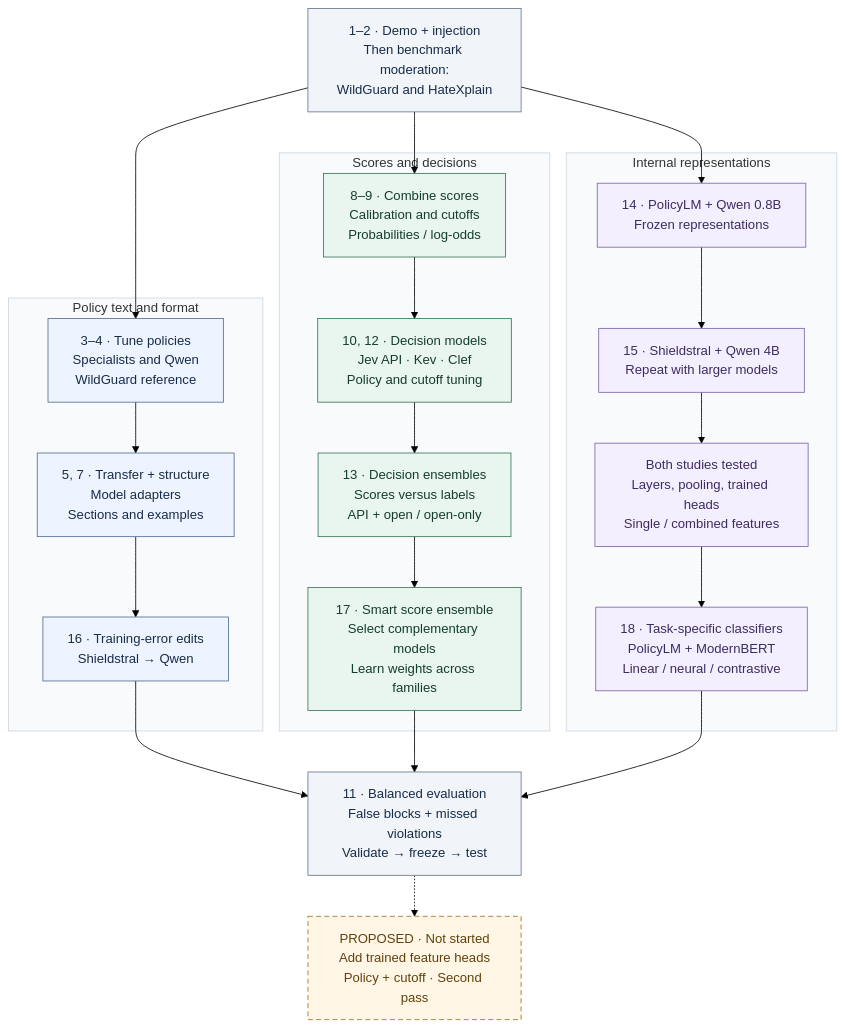
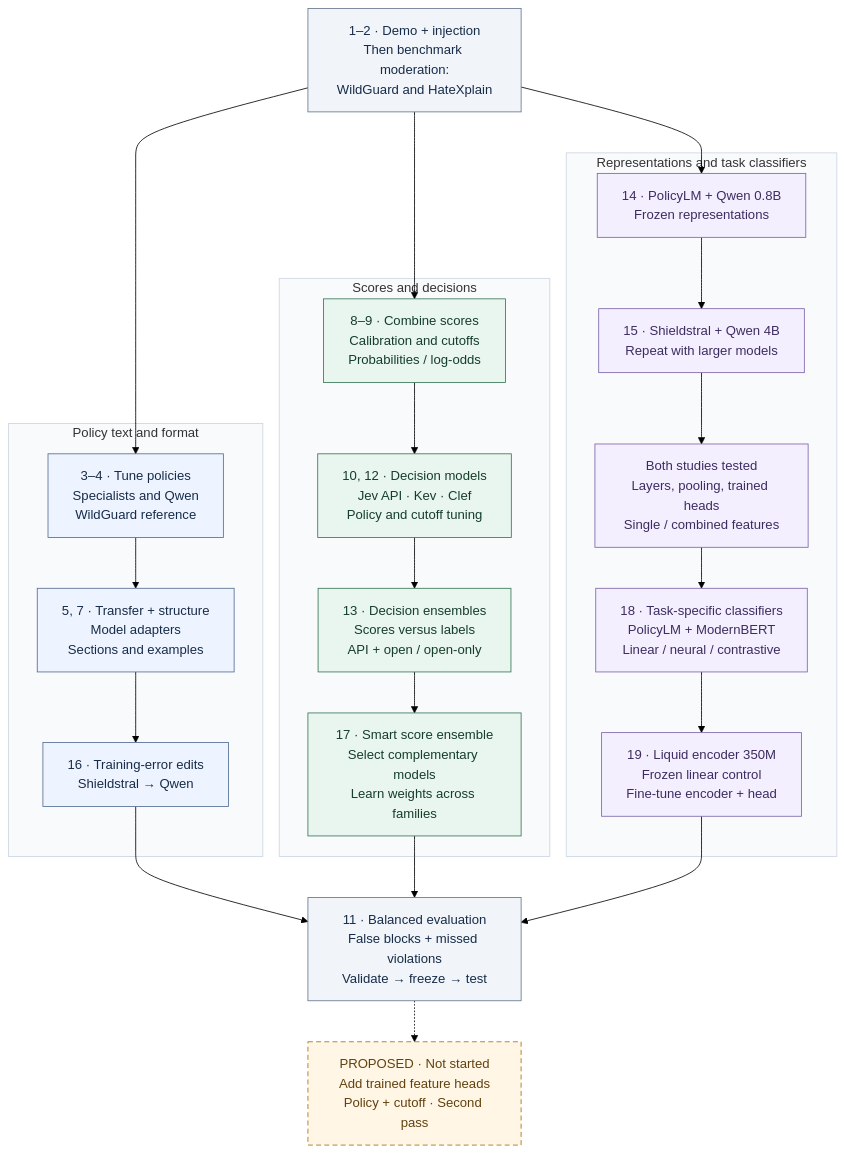
The diagram in README.md (harshsinghal/safeguard-eval), drawn with Mermaid (forest theme) before and after one commit. The commit also changed other lines of this file and 75 other files, not shown here.

Commit message:
Publish Liquid encoder fine-tuning results and update experiment map

````diff
--- a/README.md
+++ b/README.md
@@ -19,50 +19,51 @@
 ```mermaid
 flowchart TB
     START["1–2 · Demo + injection<br/>Then benchmark moderation:<br/>WildGuard and HateXplain"]
 
     subgraph POLICY["Policy text and format"]
         P1["3–4 · Tune policies<br/>Specialists and Qwen<br/>WildGuard reference"]
         P2["5, 7 · Transfer + structure<br/>Model adapters<br/>Sections and examples"]
         P3["16 · Training-error edits<br/>Shieldstral → Qwen"]
         P1 --> P2 --> P3
     end
 
     subgraph SCORES["Scores and decisions"]
         S1["8–9 · Combine scores<br/>Calibration and cutoffs<br/>Probabilities / log-odds"]
         S2["10, 12 · Decision models<br/>Jev API · Kev · Clef<br/>Policy and cutoff tuning"]
         S3["13 · Decision ensembles<br/>Scores versus labels<br/>API + open / open-only"]
         S4["17 · Smart score ensemble<br/>Select complementary models<br/>Learn weights across families"]
         S1 --> S2 --> S3 --> S4
     end
 
-    subgraph FEATURES["Internal representations"]
+    subgraph FEATURES["Representations and task classifiers"]
         F1["14 · PolicyLM + Qwen 0.8B<br/>Frozen representations"]
         F2["15 · Shieldstral + Qwen 4B<br/>Repeat with larger models"]
         F3["Both studies tested<br/>Layers, pooling, trained heads<br/>Single / combined features"]
         F4["18 · Task-specific classifiers<br/>PolicyLM + ModernBERT<br/>Linear / neural / contrastive"]
-        F1 --> F2 --> F3 --> F4
+        F5["19 · Liquid encoder 350M<br/>Frozen linear control<br/>Fine-tune encoder + head"]
+        F1 --> F2 --> F3 --> F4 --> F5
     end
 
     START --> P1
     START --> S1
     START --> F1
     P3 --> EVIDENCE
     S4 --> EVIDENCE
-    F4 --> EVIDENCE
+    F5 --> EVIDENCE
     EVIDENCE["11 · Balanced evaluation<br/>False blocks + missed violations<br/>Validate → freeze → test"]
     EVIDENCE -.-> NEXT["PROPOSED · Not started<br/>Add trained feature heads<br/>Policy + cutoff · Second pass"]
 
     classDef neutral fill:#f1f5f9,stroke:#64748b,color:#172c49;
     classDef policy fill:#eef4ff,stroke:#526b91,color:#172c49;
     classDef scores fill:#e9f5ef,stroke:#367556,color:#153e2b;
     classDef features fill:#f4efff,stroke:#7b63a8,color:#3d2c60;
     classDef proposed fill:#fff6e5,stroke:#a36e16,color:#61420f,stroke-dasharray:6 4;
     class START,EVIDENCE neutral;
     class P1,P2,P3 policy;
     class S1,S2,S3,S4 scores;
-    class F1,F2,F3,F4 features;
+    class F1,F2,F3,F4,F5 features;
     class NEXT proposed;
     style POLICY fill:#f8fafc,stroke:#cbd5e1
     style SCORES fill:#f8fafc,stroke:#cbd5e1
     style FEATURES fill:#f8fafc,stroke:#cbd5e1
 ```
````
